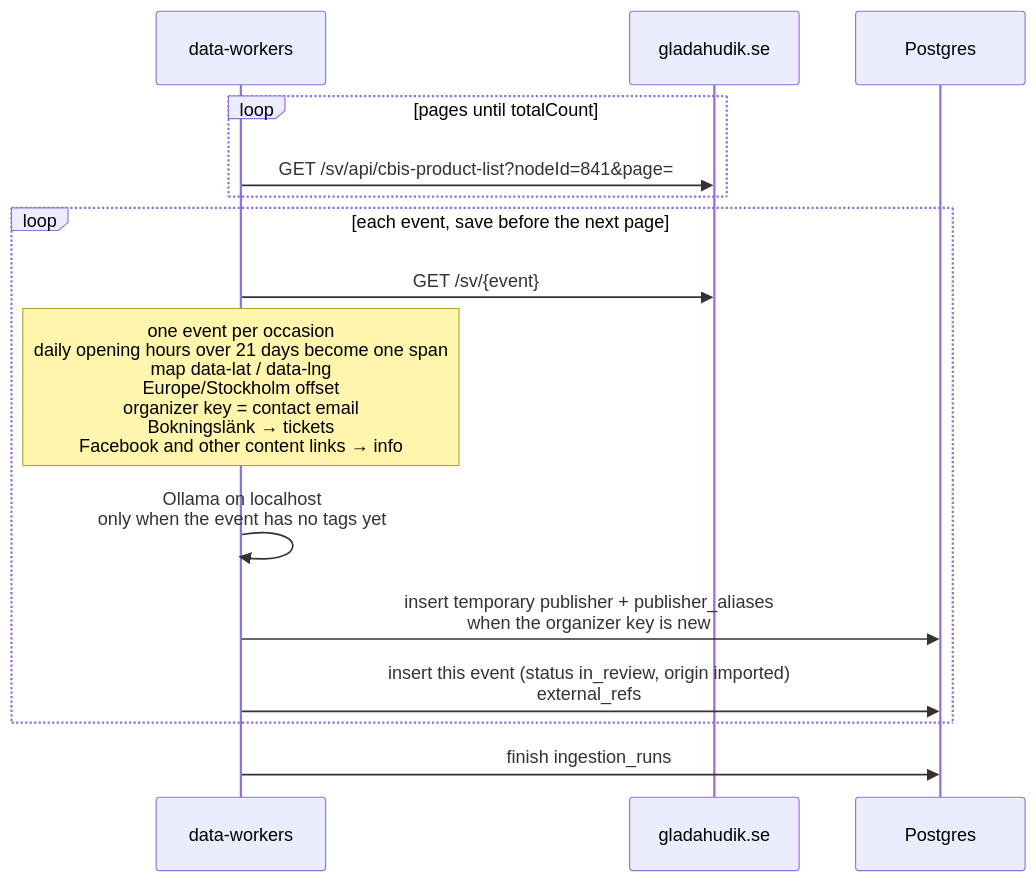
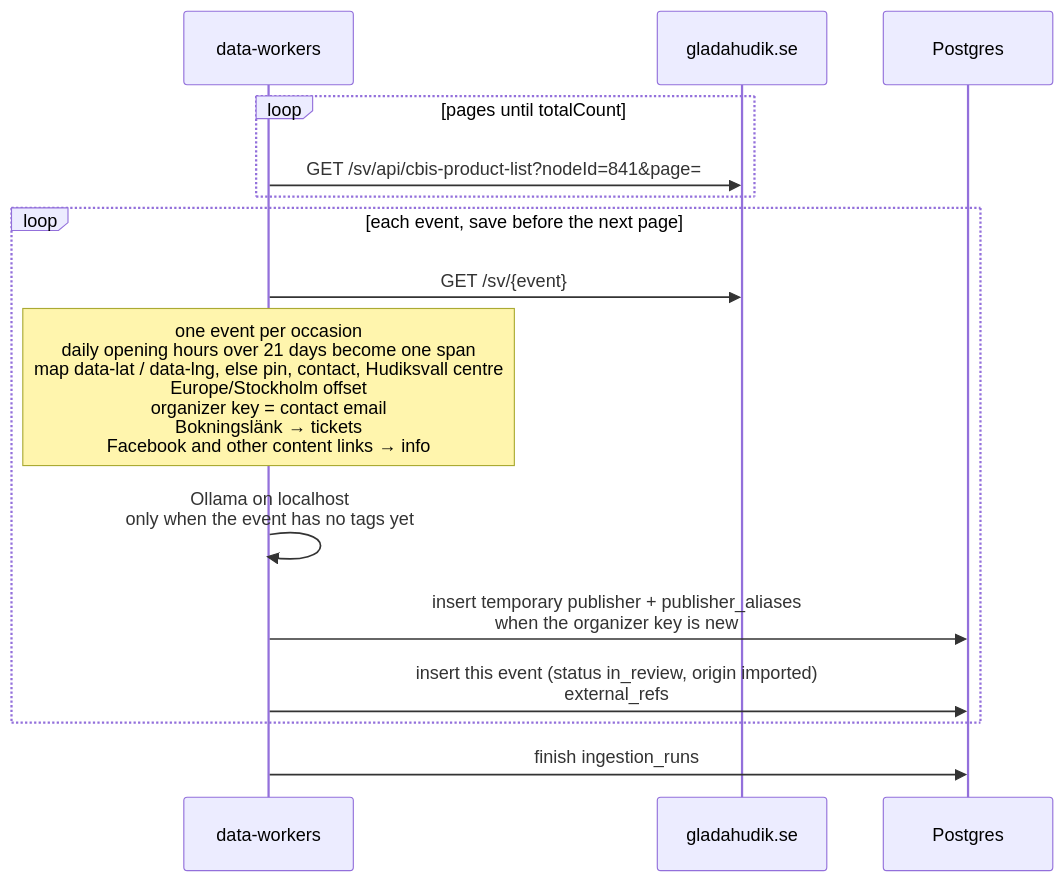
Before and after one commit to BradleySmallbottoms/evently: the diagram in docs/flows/glada-hudik.md, drawn with Mermaid. The commit also changed other lines of this file and 90 other files, not shown here.

````diff
--- a/docs/flows/glada-hudik.md
+++ b/docs/flows/glada-hudik.md
@@ -23,18 +29,18 @@
 ```mermaid
 sequenceDiagram
   participant Runner as data-workers
   participant Site as gladahudik.se
   participant DB as Postgres
 
   loop pages until totalCount
     Runner->>Site: GET /sv/api/cbis-product-list?nodeId=841&page=
   end
   loop each event, save before the next page
     Runner->>Site: GET /sv/{event}
-    Note over Runner: one event per occasion<br/>daily opening hours over 21 days become one span<br/>map data-lat / data-lng<br/>Europe/Stockholm offset<br/>organizer key = contact email<br/>Bokningslänk → tickets<br/>Facebook and other content links → info
+    Note over Runner: one event per occasion<br/>daily opening hours over 21 days become one span<br/>map data-lat / data-lng, else pin, contact, Hudiksvall centre<br/>Europe/Stockholm offset<br/>organizer key = contact email<br/>Bokningslänk → tickets<br/>Facebook and other content links → info
     Runner->>Runner: Ollama on localhost<br/>only when the event has no tags yet
     Runner->>DB: insert temporary publisher + publisher_aliases<br/>when the organizer key is new
     Runner->>DB: insert this event (status in_review, origin imported)<br/>external_refs
   end
   Runner->>DB: finish ingestion_runs
 ```
````
